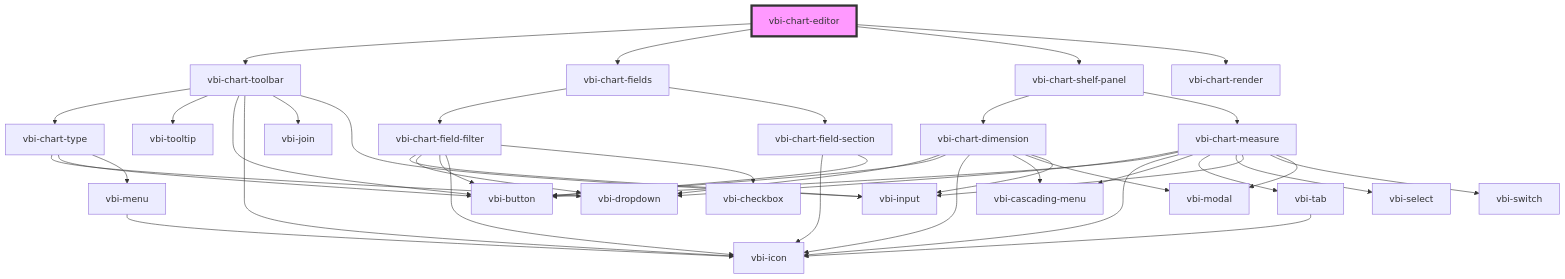
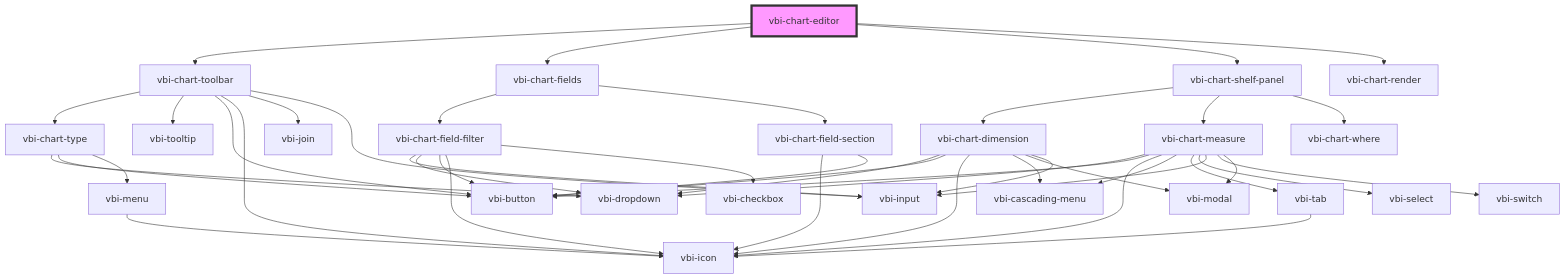
One commit to Ditto190/VBI-modme changed the diagram in packages/vbi-component/src/components/chart/vbi-chart-editor/readme.md. Above: the diagram before and after it, drawn with Mermaid. The commit also changed 7 other files, not shown here.

Commit message:
feat(vbi-component): add vbi-chart-where component

````diff
--- a/packages/vbi-component/src/components/chart/vbi-chart-editor/readme.md
+++ b/packages/vbi-component/src/components/chart/vbi-chart-editor/readme.md
@@ -18,45 +18,46 @@
 ```mermaid
 graph TD;
   vbi-chart-editor --> vbi-chart-toolbar
   vbi-chart-editor --> vbi-chart-fields
   vbi-chart-editor --> vbi-chart-shelf-panel
   vbi-chart-editor --> vbi-chart-render
   vbi-chart-toolbar --> vbi-chart-type
   vbi-chart-toolbar --> vbi-tooltip
   vbi-chart-toolbar --> vbi-button
   vbi-chart-toolbar --> vbi-icon
   vbi-chart-toolbar --> vbi-join
   vbi-chart-toolbar --> vbi-input
   vbi-chart-type --> vbi-dropdown
   vbi-chart-type --> vbi-button
   vbi-chart-type --> vbi-menu
   vbi-menu --> vbi-icon
   vbi-chart-fields --> vbi-chart-field-filter
   vbi-chart-fields --> vbi-chart-field-section
   vbi-chart-field-filter --> vbi-input
   vbi-chart-field-filter --> vbi-dropdown
   vbi-chart-field-filter --> vbi-button
   vbi-chart-field-filter --> vbi-icon
   vbi-chart-field-filter --> vbi-checkbox
   vbi-chart-field-section --> vbi-icon
   vbi-chart-field-section --> vbi-button
   vbi-chart-shelf-panel --> vbi-chart-dimension
   vbi-chart-shelf-panel --> vbi-chart-measure
+  vbi-chart-shelf-panel --> vbi-chart-where
   vbi-chart-dimension --> vbi-dropdown
   vbi-chart-dimension --> vbi-button
   vbi-chart-dimension --> vbi-icon
   vbi-chart-dimension --> vbi-cascading-menu
   vbi-chart-dimension --> vbi-modal
   vbi-chart-dimension --> vbi-input
   vbi-chart-measure --> vbi-dropdown
   vbi-chart-measure --> vbi-button
   vbi-chart-measure --> vbi-icon
   vbi-chart-measure --> vbi-cascading-menu
   vbi-chart-measure --> vbi-tab
   vbi-chart-measure --> vbi-select
   vbi-chart-measure --> vbi-input
   vbi-chart-measure --> vbi-switch
   vbi-chart-measure --> vbi-modal
   vbi-tab --> vbi-icon
   style vbi-chart-editor fill:#f9f,stroke:#333,stroke-width:4px
 ```
````
